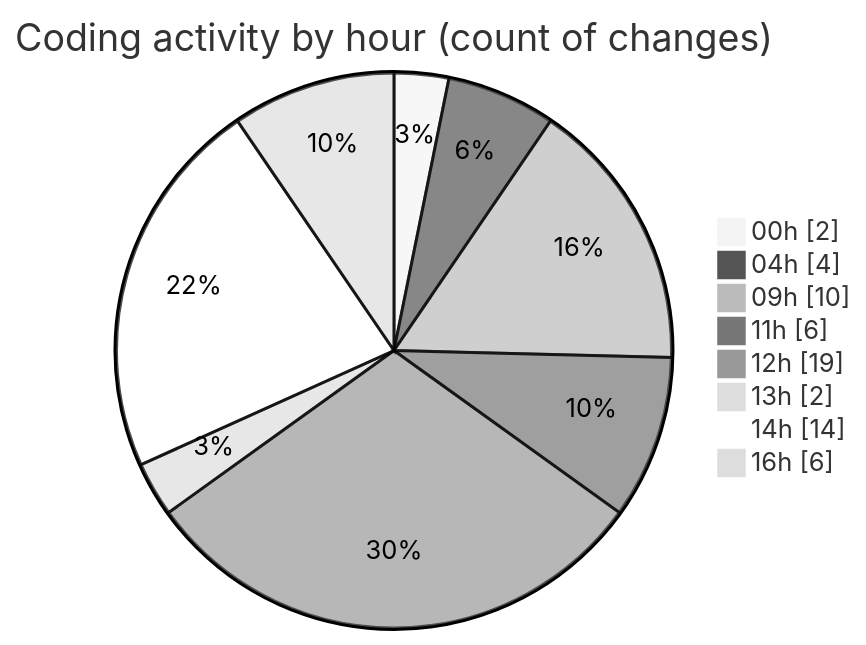
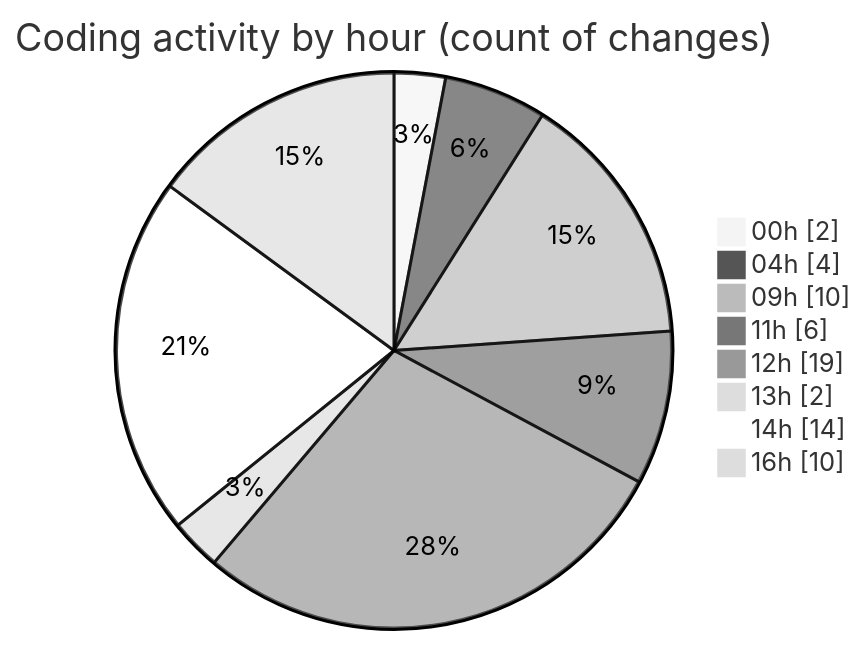
The second of 2 diagrams in 2025-10-28/eventscop-frontend-guide__workspace_/README.md (julien-gomy/code-tracking), drawn with Mermaid (neutral theme) before and after one commit. The commit also changed other lines of this file and 1 other file, not shown here.

````diff
--- a/2025-10-28/eventscop-frontend-guide__workspace_/README.md
+++ b/2025-10-28/eventscop-frontend-guide__workspace_/README.md
@@ -53,12 +53,12 @@
 ```mermaid
 pie showData
 title Coding activity by hour (count of changes)
 "00h" : 2
 "04h" : 4
 "09h" : 10
 "11h" : 6
 "12h" : 19
 "13h" : 2
 "14h" : 14
-"16h" : 6
+"16h" : 10
 ```
````
